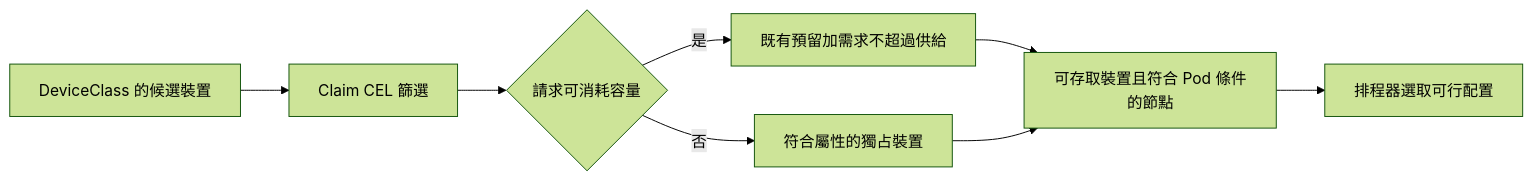
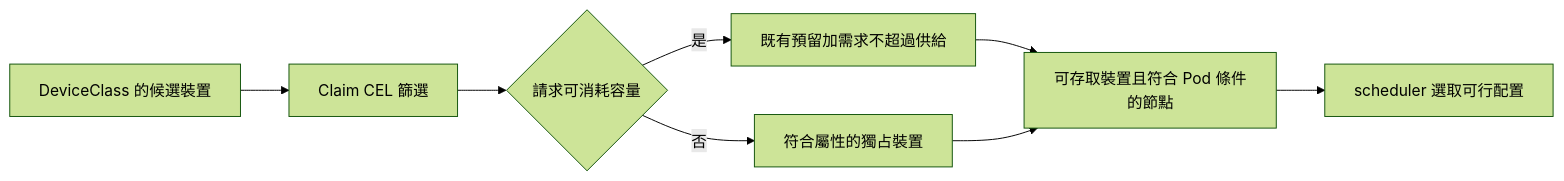
Before and after one commit to Daniel77871/dra-gpu-sharing-in-practice: the first of 2 diagrams in book/06-heterogeneous/selection.md, drawn with Mermaid (forest theme). The commit also changed other lines of this file and 80 other files, not shown here.

````diff
--- a/book/06-heterogeneous/selection.md
+++ b/book/06-heterogeneous/selection.md
@@ -11,10 +11,10 @@
 ```mermaid
 flowchart LR
     A["DeviceClass 的候選裝置"] --> B["Claim CEL 篩選"]
     B --> C{"請求可消耗容量"}
     C -->|是| D["既有預留加需求不超過供給"]
     C -->|否| E["符合屬性的獨占裝置"]
     D --> F["可存取裝置且符合 Pod 條件的節點"]
     E --> F
-    F --> G["排程器選取可行配置"]
+    F --> G["scheduler 選取可行配置"]
 ```
````
